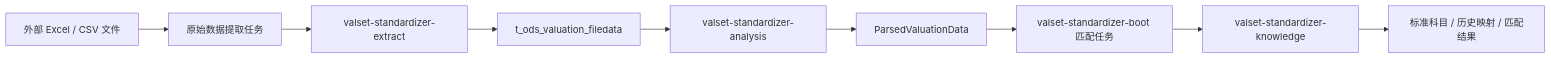
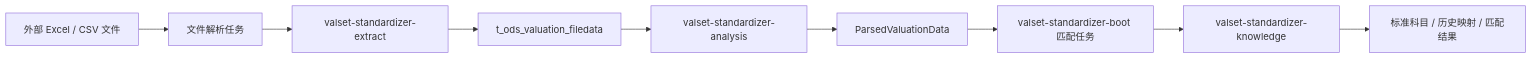
The first of 2 diagrams in docs/ods-analysis-architecture.md (iloveZzz/valset-standardizer-java), drawn with Mermaid before and after one commit. The commit also changed other lines of this file and 53 other files, not shown here.

````diff
--- a/docs/ods-analysis-architecture.md
+++ b/docs/ods-analysis-architecture.md
@@ -50,11 +50,11 @@
 ```mermaid
 flowchart LR
-    A["外部 Excel / CSV 文件"] --> B["原始数据提取任务"]
+    A["外部 Excel / CSV 文件"] --> B["文件解析任务"]
     B --> C["valset-standardizer-extract"]
     C --> D["t_ods_valuation_filedata"]
     D --> E["valset-standardizer-analysis"]
     E --> F["ParsedValuationData"]
     F --> G["valset-standardizer-boot 匹配任务"]
     G --> H["valset-standardizer-knowledge"]
     H --> I["标准科目 / 历史映射 / 匹配结果"]
 ```
````
